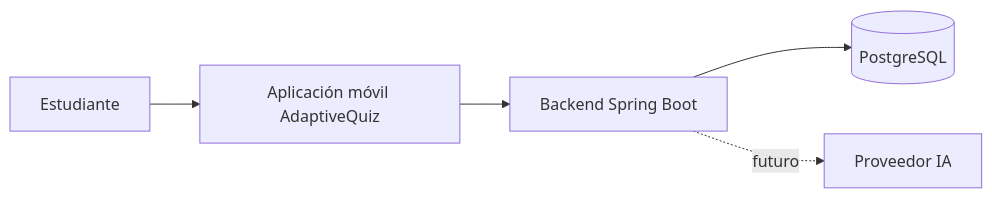
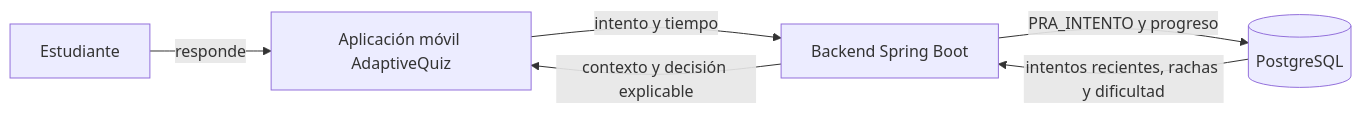
Before and after one commit to devfixexpress-debug/adaptive-quiz: the diagram in database/diagrams/01_contexto.mmd, drawn with Mermaid. The commit also changed 21 other files, not shown here.

```diff
--- a/database/diagrams/01_contexto.mmd
+++ b/database/diagrams/01_contexto.mmd
@@ -1,5 +1,6 @@
 flowchart LR
-    E[Estudiante] --> M[Aplicación móvil AdaptiveQuiz]
-    M --> B[Backend Spring Boot]
-    B --> D[(PostgreSQL)]
-    B -. futuro .-> IA[Proveedor IA]
+    E[Estudiante] -->|responde| M[Aplicación móvil AdaptiveQuiz]
+    M -->|intento y tiempo| B[Backend Spring Boot]
+    B -->|PRA_INTENTO y progreso| D[(PostgreSQL)]
+    D -->|intentos recientes, rachas y dificultad| B
+    B -->|contexto y decisión explicable| M
```
